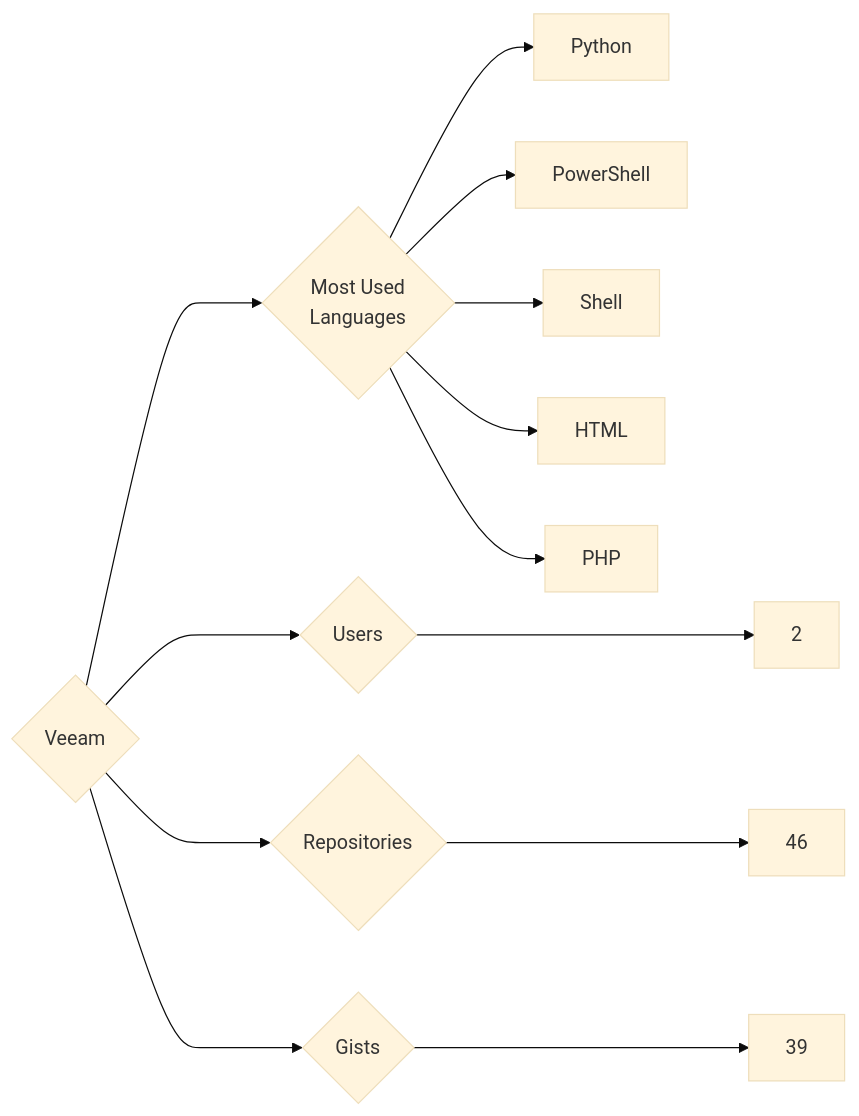
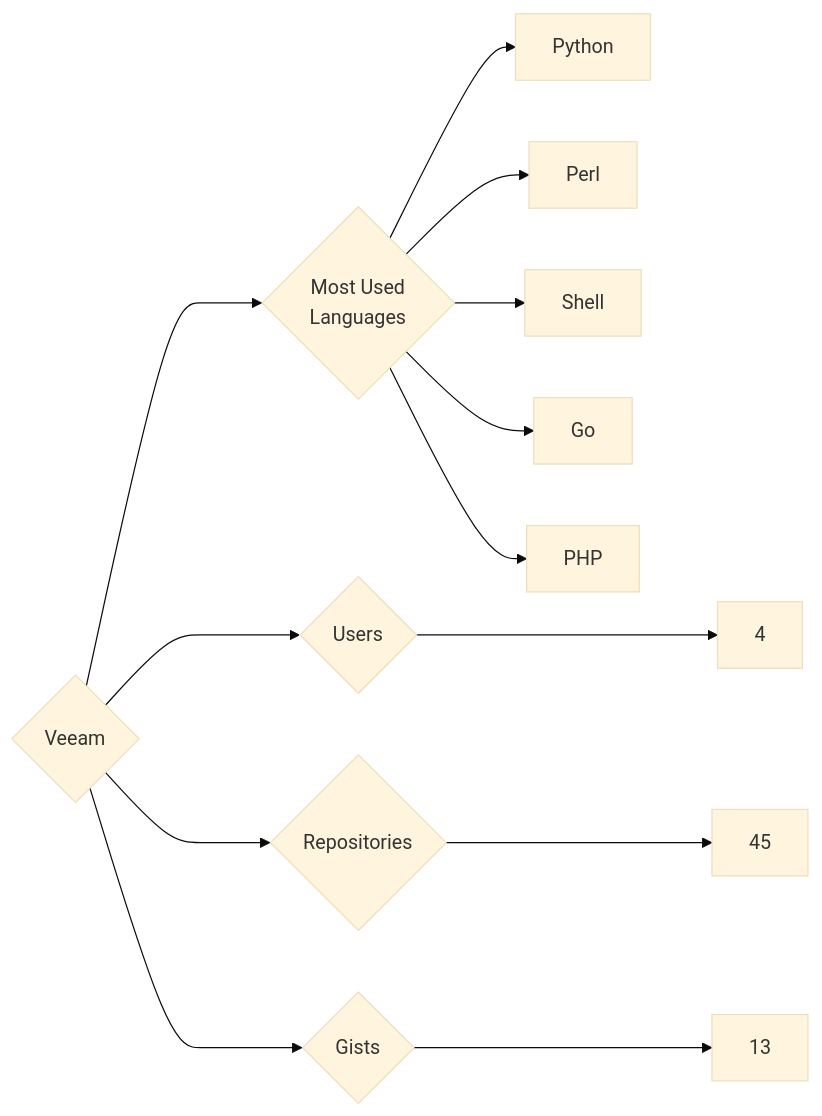
The diagram in targets/Veeam/README.md (trickest/insiders), drawn with Mermaid (base theme) before and after one commit. The commit also changed 1479 other files, not shown here.

````diff
--- a/targets/Veeam/README.md
+++ b/targets/Veeam/README.md
@@ -3,13 +3,13 @@
 ```mermaid
 graph LR
 COMPANY_NAME{Veeam}
-COMPANY_NAME ---> U{Users} ---> UN[2]
-COMPANY_NAME ---> R{Repositories} ---> RN[46]
-COMPANY_NAME ---> G{Gists} ---> GN[39]
+COMPANY_NAME ---> U{Users} ---> UN[4]
+COMPANY_NAME ---> R{Repositories} ---> RN[45]
+COMPANY_NAME ---> G{Gists} ---> GN[13]
 COMPANY_NAME ---> ML{Most Used<br>Languages}
 ML --> Python[Python]
-ML --> PowerShell[PowerShell]
+ML --> Perl[Perl]
 ML --> Shell[Shell]
-ML --> HTML[HTML]
+ML --> Go[Go]
 ML --> PHP[PHP]
 ```
````
